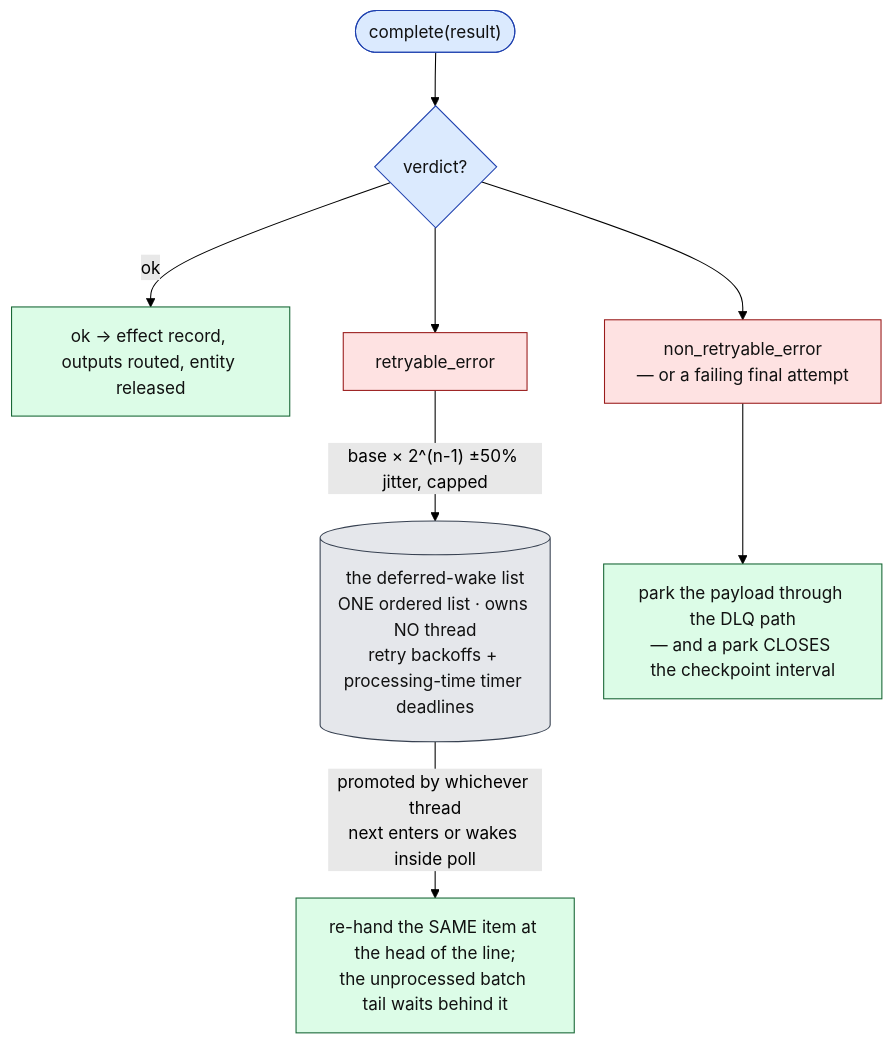
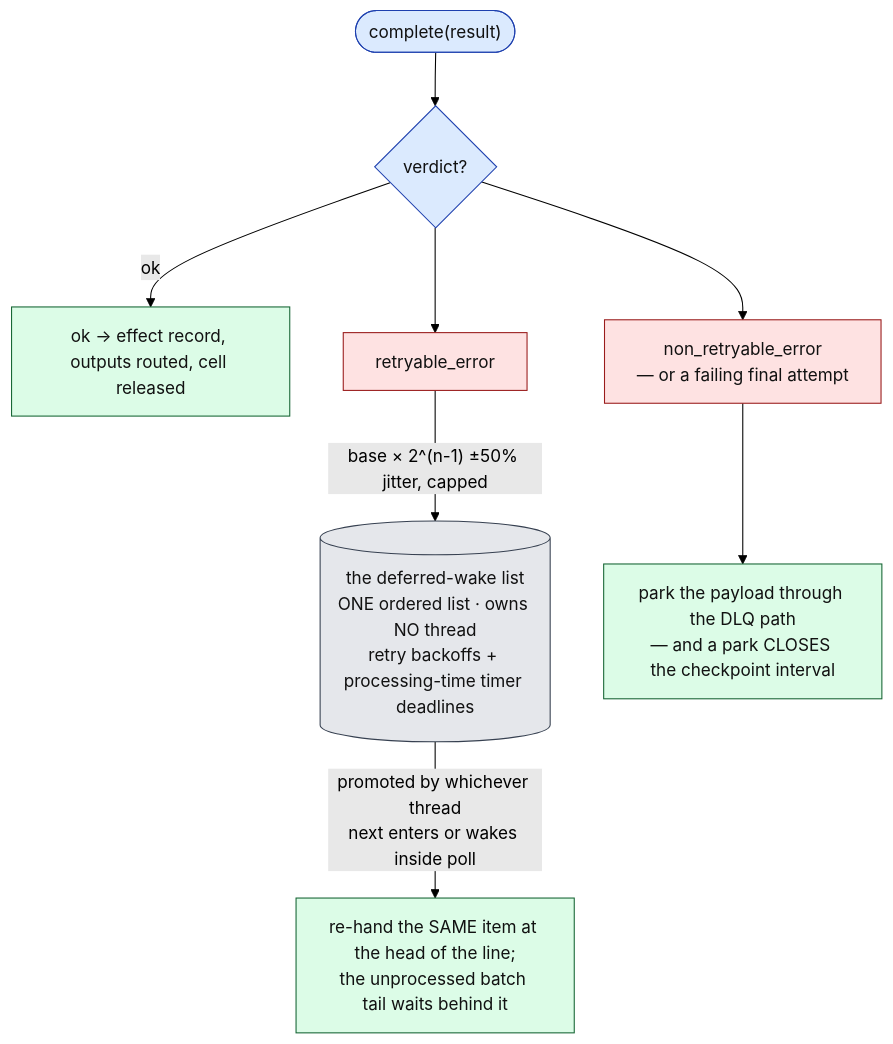
Before and after one commit to Flezha/flezha: the sixth of 8 diagrams in docs/architecture/runner.md, drawn with Mermaid (forest theme). The commit also changed other lines of this file and 604 other files, not shown here.

First line of the commit message:
Rename Procedure to Tasklet and Entity to Cell

````diff
--- a/docs/architecture/runner.md
+++ b/docs/architecture/runner.md
@@ -231,26 +231,26 @@
 ```mermaid
 flowchart TB
     C(["complete(result)"]):::ctrl
     V{"verdict?"}:::ctrl
-    OK["ok → effect record, outputs routed, entity released"]:::prot
+    OK["ok → effect record, outputs routed, cell released"]:::prot
     RE["retryable_error"]:::risk
     NR["non_retryable_error<br/>— or a failing final attempt"]:::risk
 
     DW[("the deferred-wake list<br/>ONE ordered list · owns NO thread<br/>retry backoffs + processing-time timer deadlines")]:::store
     PARK["park the payload through the DLQ path<br/>— and a park CLOSES the checkpoint interval"]:::prot
     HEAD["re-hand the SAME item at the head of the line;<br/>the unprocessed batch tail waits behind it"]:::exec
 
     C --> V
     V -->|ok| OK
     V --> RE
     V --> NR
     RE -->|"base × 2^(n-1) ±50% jitter, capped"| DW
     DW -->|"promoted by whichever thread<br/>next enters or wakes inside poll"| HEAD
     NR --> PARK
 
     classDef ctrl fill:#dbeafe,stroke:#1e40af,color:#111
     classDef exec fill:#dcfce7,stroke:#166534,color:#111
     classDef store fill:#e5e7eb,stroke:#374151,color:#111
     classDef risk fill:#fee2e2,stroke:#991b1b,color:#111
     classDef prot fill:#dcfce7,stroke:#166534,color:#111
 ```
````
